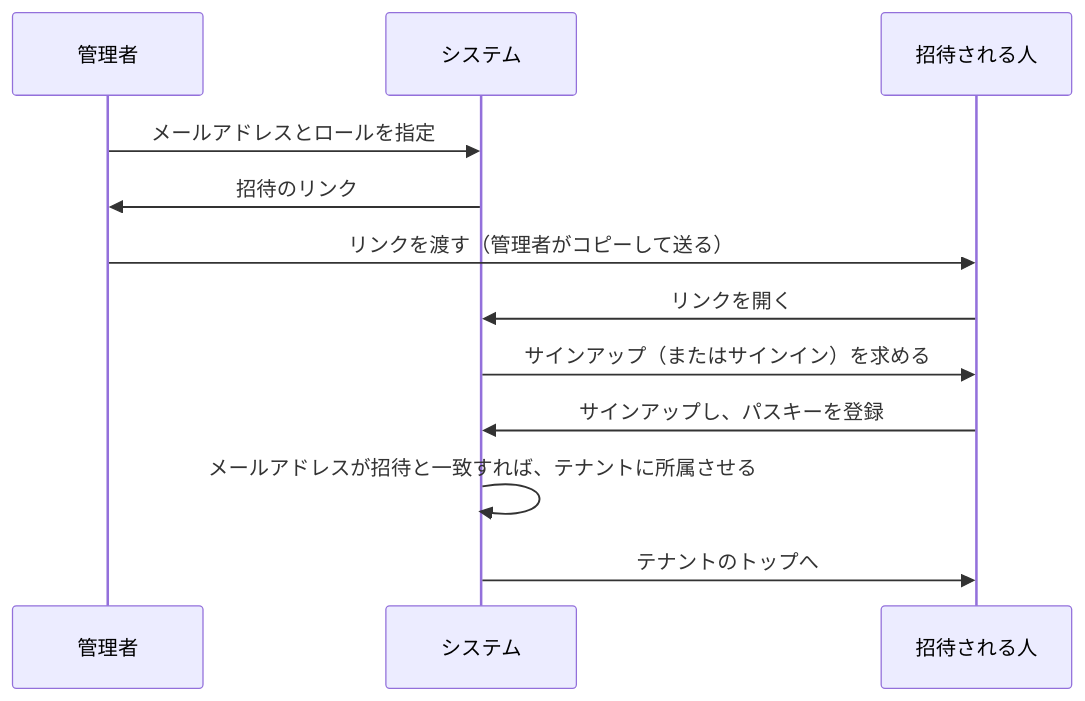
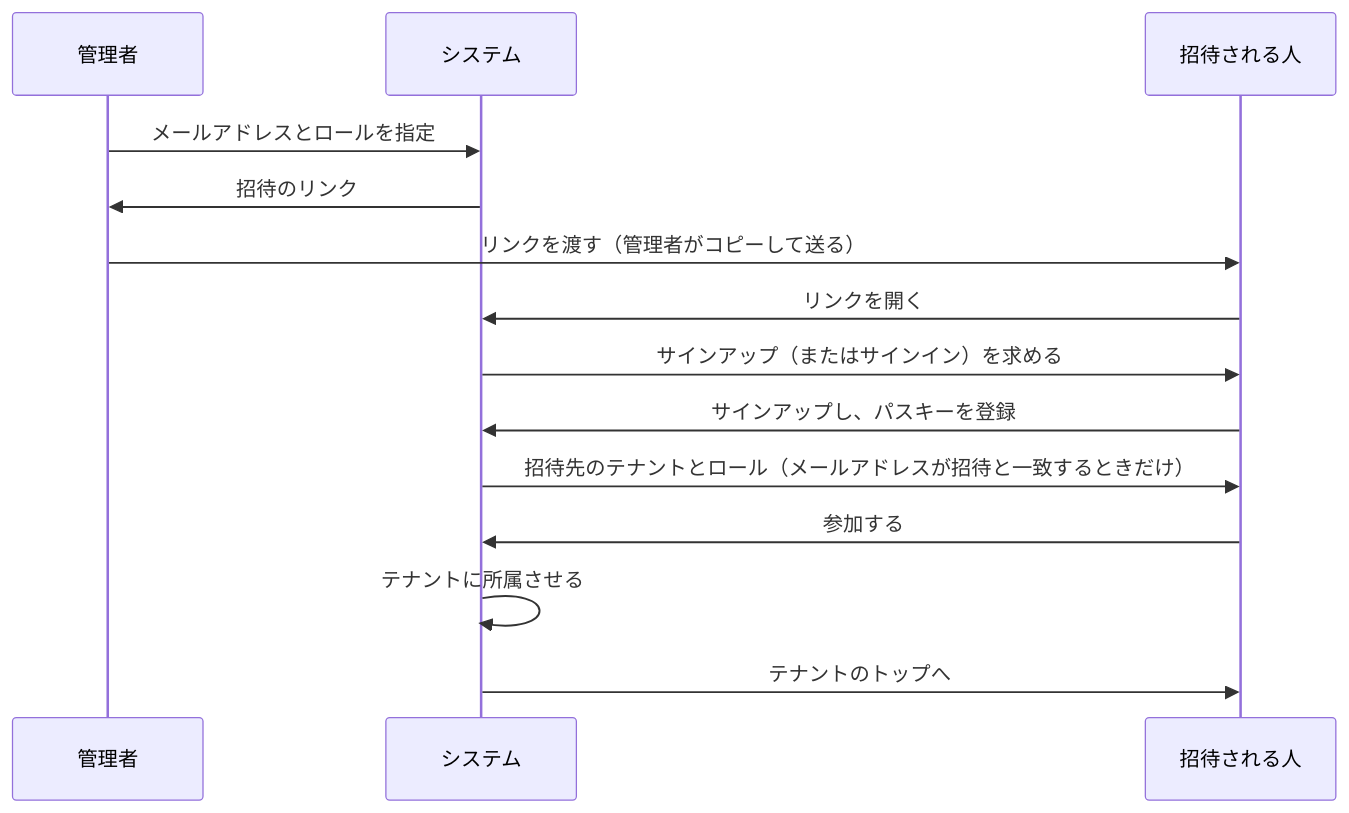
One commit to fujitamasayoshi0402/quiz-app changed the third of 3 diagrams in docs/requirements.md. Above: the diagram before and after it, drawn with Mermaid. The commit also changed other lines of this file and 5 other files, not shown here.

````diff
--- a/docs/requirements.md
+++ b/docs/requirements.md
@@ -404,14 +407,16 @@
 ```mermaid
 sequenceDiagram
     participant A as 管理者
     participant S as システム
     participant U as 招待される人
     A->>S: メールアドレスとロールを指定
     S->>A: 招待のリンク
     A->>U: リンクを渡す（管理者がコピーして送る）
     U->>S: リンクを開く
     S->>U: サインアップ（またはサインイン）を求める
     U->>S: サインアップし、パスキーを登録
-    S->>S: メールアドレスが招待と一致すれば、テナントに所属させる
+    S->>U: 招待先のテナントとロール（メールアドレスが招待と一致するときだけ）
+    U->>S: 参加する
+    S->>S: テナントに所属させる
     S->>U: テナントのトップへ
 ```
````
